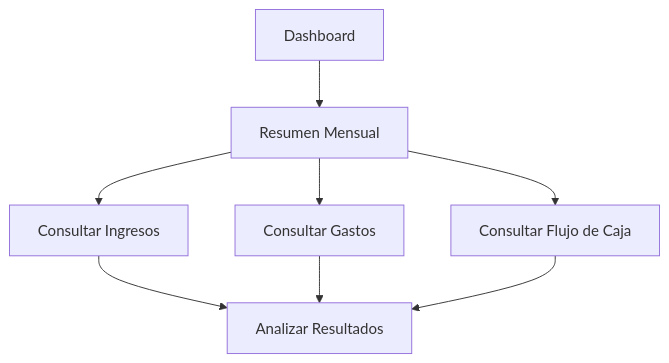
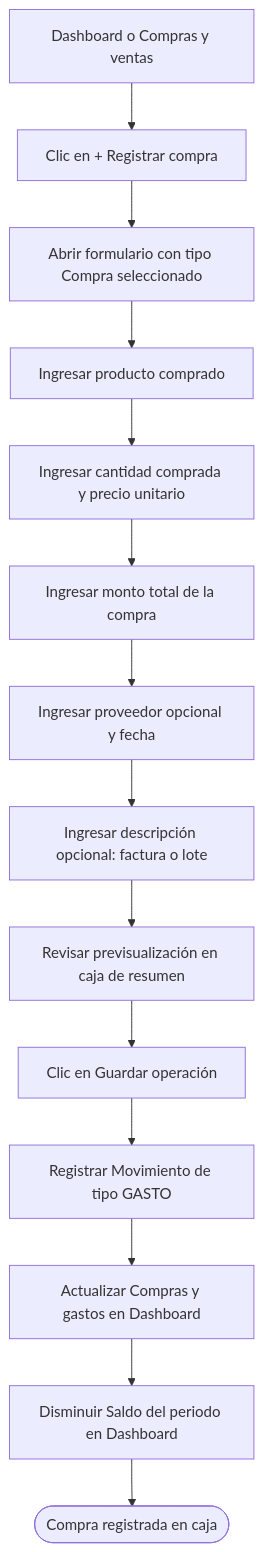
One commit to RonnieRBG/td_cajaclara changed the seventh of 11 diagrams in ux/user-flows/userflows-cajaclara.md. Above: the diagram before and after it, drawn with Mermaid. The commit also changed other lines of this file, not shown here.

Commit message:
Se actualiza user flows

````diff
--- a/ux/user-flows/userflows-cajaclara.md
+++ b/ux/user-flows/userflows-cajaclara.md
@@ -124,12 +245,16 @@
 ```mermaid
 flowchart TD
-    A[Dashboard] --> B[Resumen Mensual]
-
-    B --> C[Consultar Ingresos]
-    B --> D[Consultar Gastos]
-    B --> E[Consultar Flujo de Caja]
-
-    C --> F[Analizar Resultados]
-    D --> F
-    E --> F
+    A[Dashboard o Compras y ventas] --> B[Clic en + Registrar compra]
+    B --> C[Abrir formulario con tipo Compra seleccionado]
+    C --> D[Ingresar producto comprado]
+    D --> E[Ingresar cantidad comprada y precio unitario]
+    E --> F[Ingresar monto total de la compra]
+    F --> G[Ingresar proveedor opcional y fecha]
+    G --> H[Ingresar descripción opcional: factura o lote]
+    H --> I[Revisar previsualización en caja de resumen]
+    I --> J[Clic en Guardar operación]
+    J --> K[Registrar Movimiento de tipo GASTO]
+    K --> L[Actualizar Compras y gastos en Dashboard]
+    L --> M[Disminuir Saldo del periodo en Dashboard]
+    M --> N([Compra registrada en caja])
 ```
````
